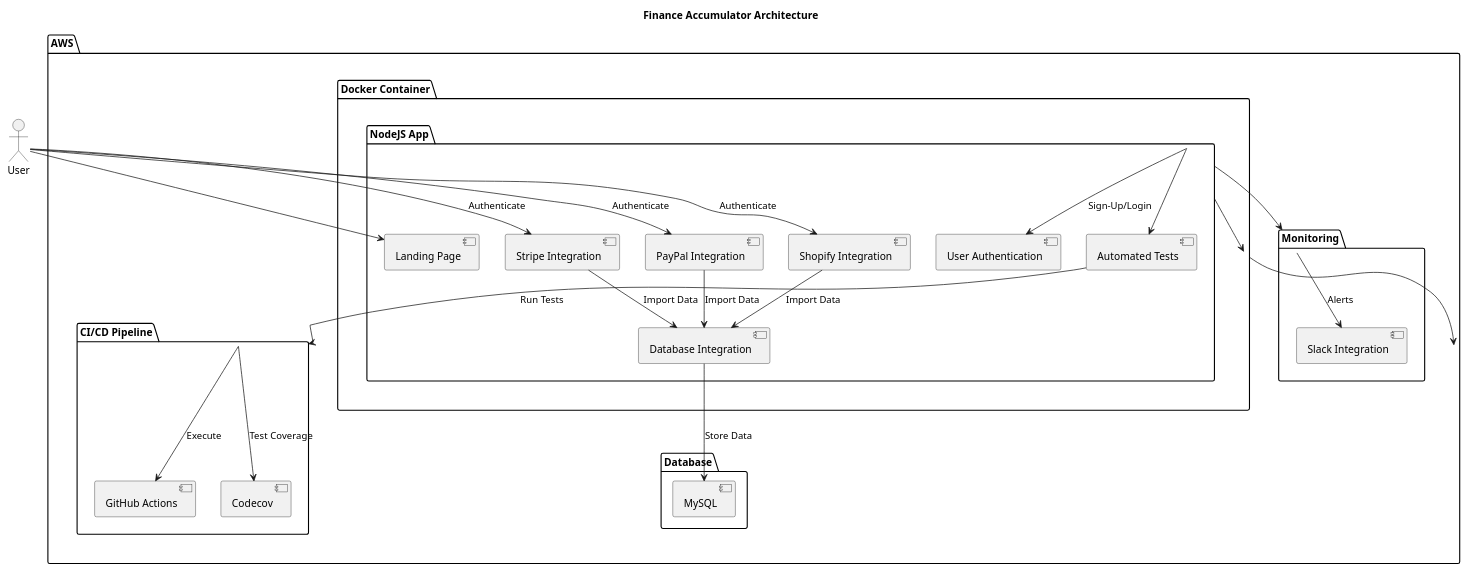
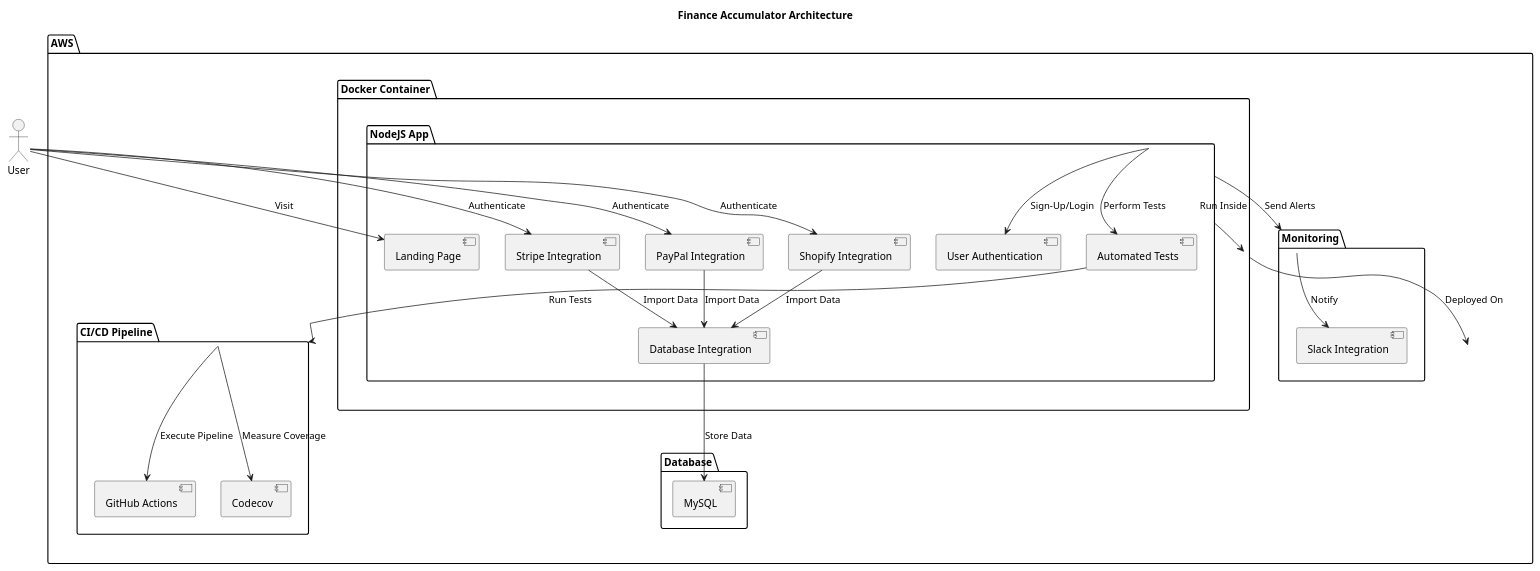
The diagram in uml.puml (BushraAbdullahi/finance-accumulator), drawn with PlantUML before and after one commit. The commit also changed other lines of this file and 23 other files, not shown here.

```diff
--- a/uml.puml
+++ b/uml.puml
@@ -1,56 +1,57 @@
 @startuml
 title Finance Accumulator Architecture
 
 package "AWS" {
   package "Docker Container" {
     package "NodeJS App" {
       [Landing Page]
       [Stripe Integration]
       [PayPal Integration]
       [Shopify Integration]
       [Database Integration]
       [User Authentication]
       [Automated Tests]
     }
   }
 
   package "Database" {
     [MySQL]
   }
 
   package "CI/CD Pipeline" {
     [GitHub Actions]
     [Codecov]
   }
 
   package "Monitoring" {
     [Slack Integration]
   }
 }
 
 actor User
 
-User --> [Landing Page]
+User --> [Landing Page] : Visit
 User --> [Stripe Integration] : Authenticate
 User --> [PayPal Integration] : Authenticate
 User --> [Shopify Integration] : Authenticate
+
 [Stripe Integration] --> [Database Integration] : Import Data
 [PayPal Integration] --> [Database Integration] : Import Data
 [Shopify Integration] --> [Database Integration] : Import Data
 
 [Database Integration] --> [MySQL] : Store Data
 
-[NodeJS App] --> [Docker Container]
-[Docker Container] --> [AWS]
+[NodeJS App] --> [Docker Container] : Run Inside
+[Docker Container] --> [AWS] : Deployed On
 
-[NodeJS App] --> [Automated Tests]
+[NodeJS App] --> [Automated Tests] : Perform Tests
 [Automated Tests] --> [CI/CD Pipeline] : Run Tests
-[CI/CD Pipeline] --> [GitHub Actions] : Execute
-[CI/CD Pipeline] --> [Codecov] : Test Coverage
+[CI/CD Pipeline] --> [GitHub Actions] : Execute Pipeline
+[CI/CD Pipeline] --> [Codecov] : Measure Coverage
 
 [NodeJS App] --> [User Authentication] : Sign-Up/Login
 
-[NodeJS App] --> [Monitoring]
-[Monitoring] --> [Slack Integration] : Alerts
+[NodeJS App] --> [Monitoring] : Send Alerts
+[Monitoring] --> [Slack Integration] : Notify
 
 @enduml
```
